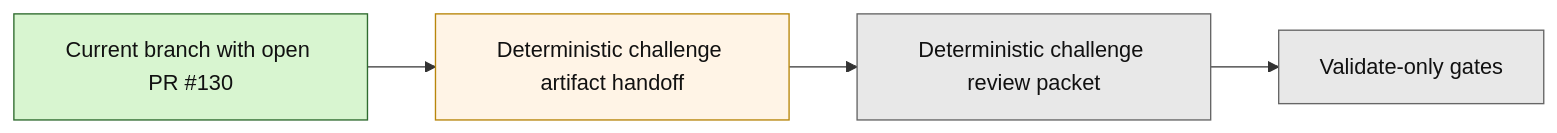
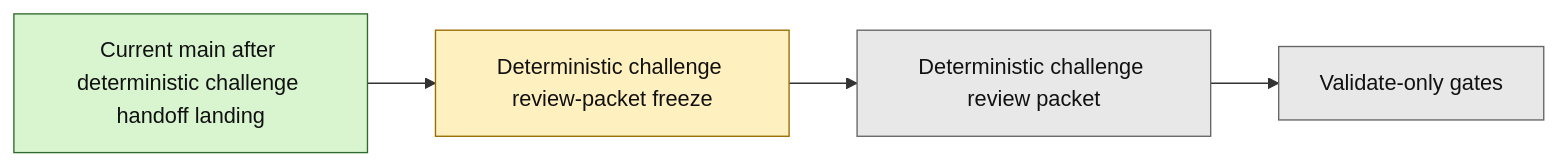
The second of 2 diagrams in next_milestone_plans/layer3_progress_board.md (benjmcd/project6_REPO_MCP_FOLDER), drawn with Mermaid before and after one commit. The commit also changed other lines of this file and 8 other files, not shown here.

````diff
--- a/next_milestone_plans/layer3_progress_board.md
+++ b/next_milestone_plans/layer3_progress_board.md
@@ -155,14 +157,14 @@
 ```mermaid
 flowchart LR
-    A["Current branch with open PR #130"] --> B["Deterministic challenge artifact handoff"]
+    A["Current main after deterministic challenge handoff landing"] --> B["Deterministic challenge review-packet freeze"]
     B --> C["Deterministic challenge review packet"]
     C --> D["Validate-only gates"]
 
     classDef done fill:#d8f5d0,stroke:#2f6b2f,color:#111;
-    classDef open fill:#fff4e6,stroke:#b8860b,color:#111;
+    classDef planned fill:#fff1bf,stroke:#9a6b00,color:#111;
     classDef future fill:#e8e8e8,stroke:#666,color:#111;
 
     class A done;
-    class B open;
+    class B planned;
     class C,D future;
 ```
````
